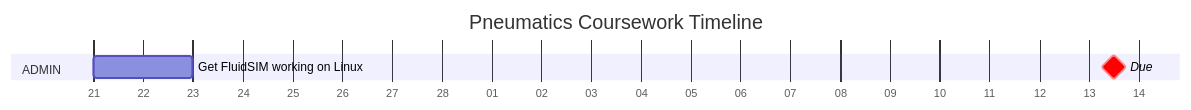
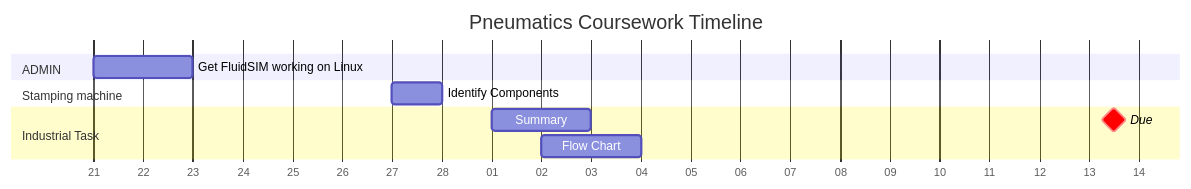
The diagram in Industrial Automation/Assessments/Pneumatics Coursework/Pneumatics Coursework.md (jasht1/Uni-Projects), drawn with Mermaid before and after one commit. The commit also changed other lines of this file and 3 other files, not shown here.

````diff
--- a/Industrial Automation/Assessments/Pneumatics Coursework/Pneumatics Coursework.md
+++ b/Industrial Automation/Assessments/Pneumatics Coursework/Pneumatics Coursework.md
@@ -17,15 +17,21 @@
 ```mermaid
 ---
 displayMode: compact
 ---
 gantt
 title Pneumatics Coursework Timeline
 dateFormat YYYY-MM-DD
 axisFormat %d
 tickInterval 1day
 
 section ADMIN
 	Get FluidSIM working on Linux: 2025-02-21, 2d
 
+section Stamping machine
+	Identify Components: 2025-02-27, 1d
+
+section Industrial Task
+	Summary: 2025-03-01, 2d
+	Flow Chart: 2025-03-02, 2d
 Due: crit, milestone, 2025-03-13, 1d
 ```
````
